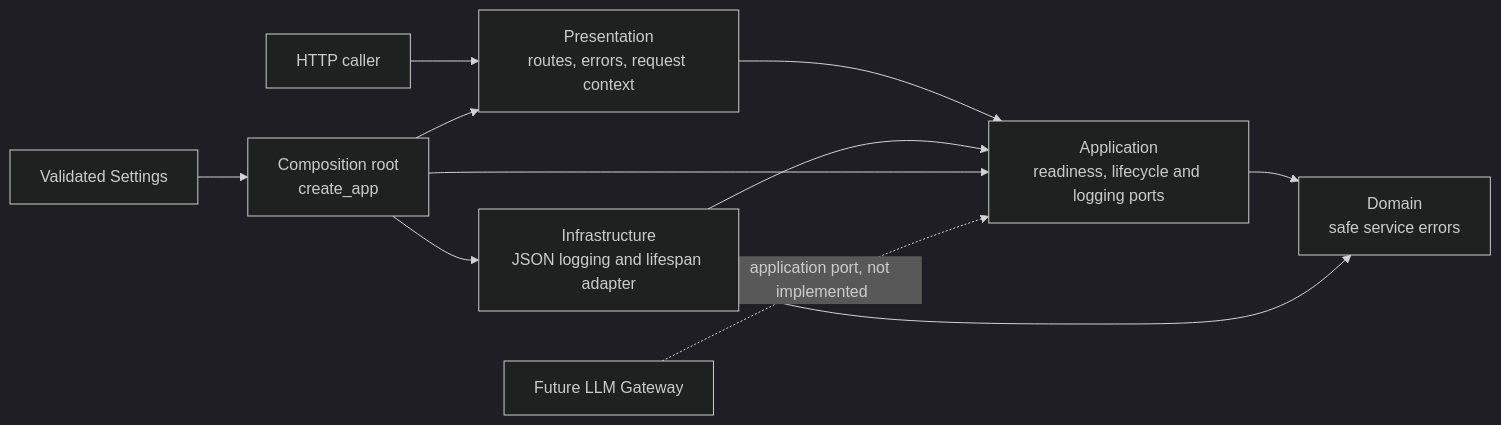
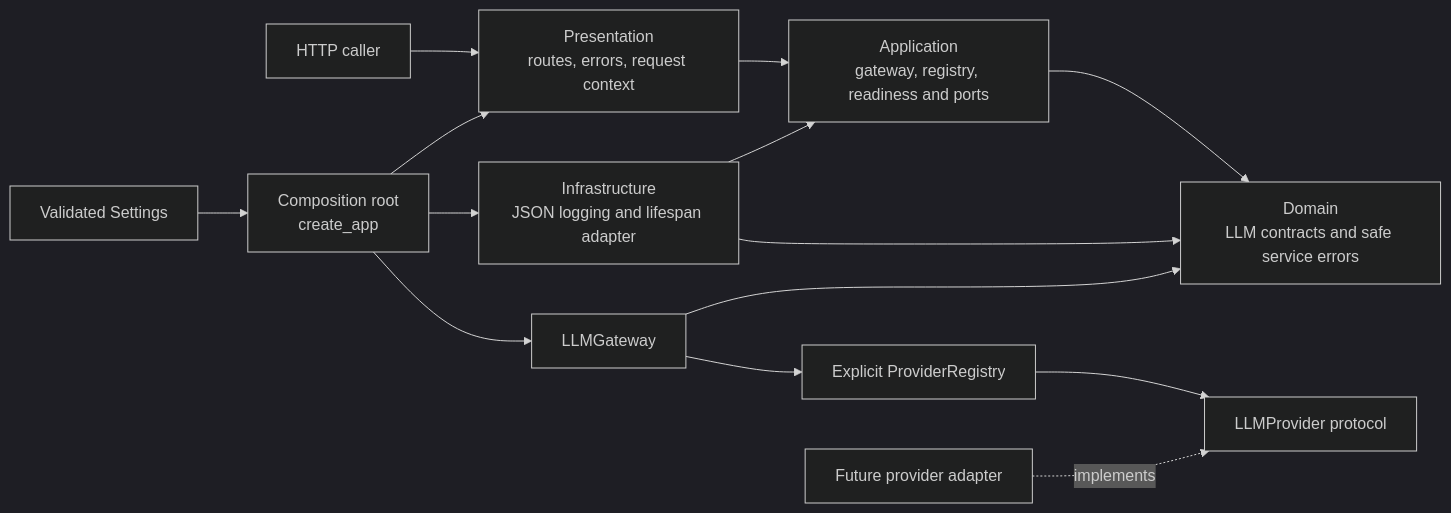
Before and after one commit to hodumaitran/mm-ai-platform: the diagram in docs/architecture/ai-service-architecture.md, drawn with Mermaid (dark theme). The commit also changed other lines of this file and 27 other files, not shown here.

Commit message:
feat(ai-service): implement model-neutral llm gateway

````diff
--- a/docs/architecture/ai-service-architecture.md
+++ b/docs/architecture/ai-service-architecture.md
@@ -10,13 +11,16 @@
 ```mermaid
 flowchart LR
   U[HTTP caller] --> P[Presentation<br/>routes, errors, request context]
-  P --> A[Application<br/>readiness, lifecycle and logging ports]
-  A --> D[Domain<br/>safe service errors]
+  P --> A[Application<br/>gateway, registry, readiness and ports]
+  A --> D[Domain<br/>LLM contracts and safe service errors]
   I[Infrastructure<br/>JSON logging and lifespan adapter] --> A
   I --> D
   C[Composition root<br/>create_app] --> P
   C --> I
-  C --> A
+  C --> G[LLMGateway]
   CFG[Validated Settings] --> C
-  FUTURE[Future LLM Gateway] -. application port, not implemented .-> A
+  G --> R[Explicit ProviderRegistry]
+  G --> D
+  R --> PORT[LLMProvider protocol]
+  FUTURE[Future provider adapter] -. implements .-> PORT
 ```
````
